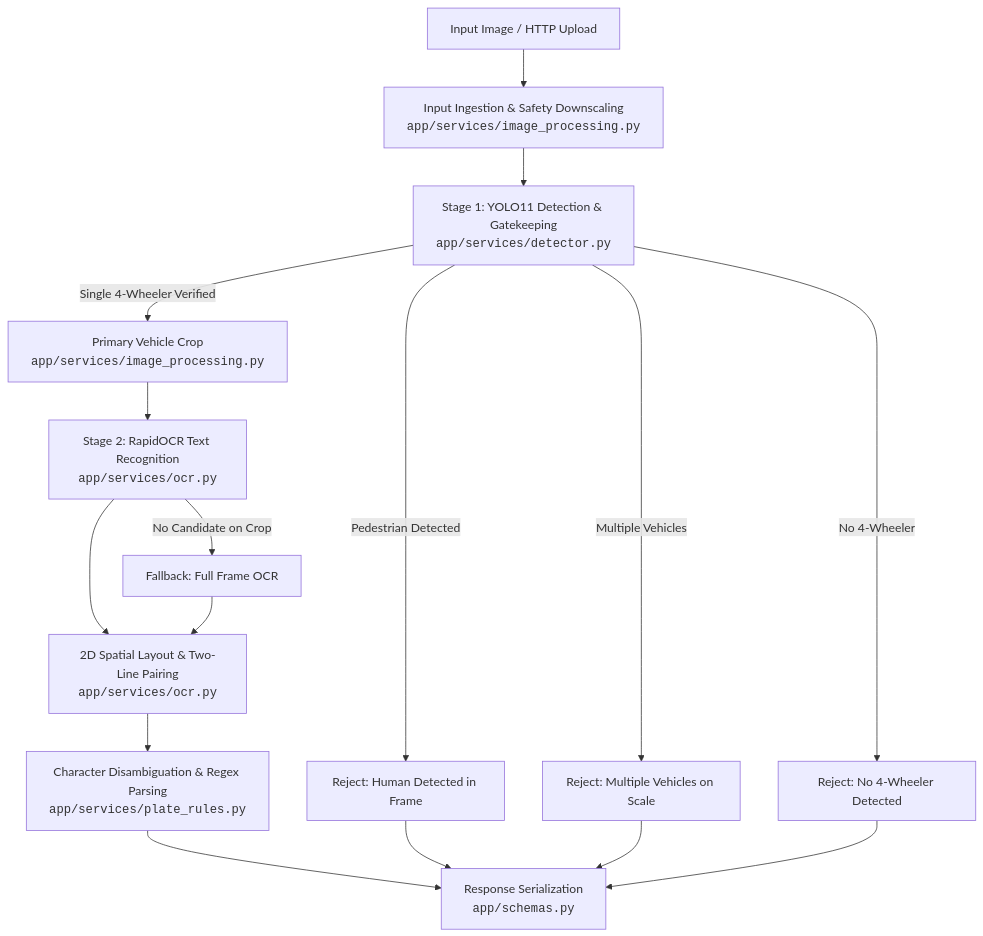
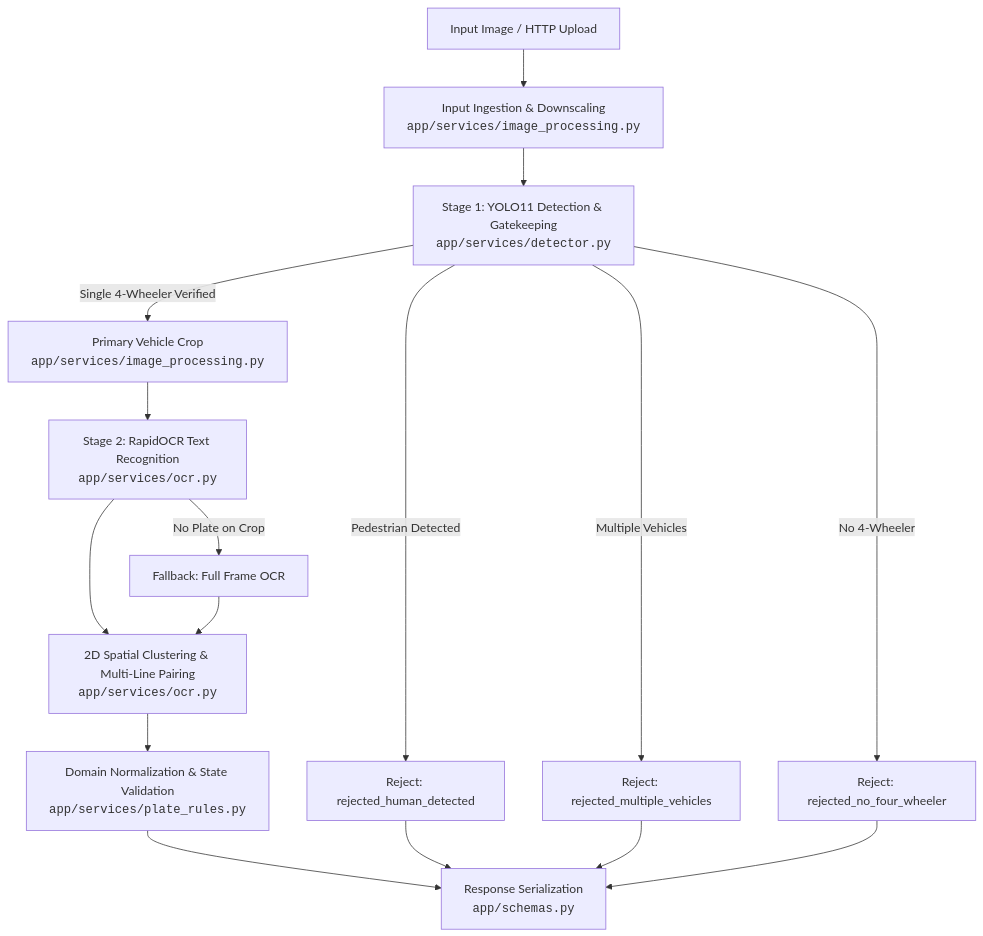
One commit to dheereshag/argus changed the diagram in docs/ARCHITECTURE.md. Above: the diagram before and after it, drawn with Mermaid. The commit also changed other lines of this file and 9 other files, not shown here.

````diff
--- a/docs/ARCHITECTURE.md
+++ b/docs/ARCHITECTURE.md
@@ -23,23 +11,23 @@
 ```mermaid
 flowchart TD
-    A[Input Image / HTTP Upload] --> B[Input Ingestion & Safety Downscaling<br/><code>app/services/image_processing.py</code>]
+    A[Input Image / HTTP Upload] --> B[Input Ingestion & Downscaling<br/><code>app/services/image_processing.py</code>]
     B --> C[Stage 1: YOLO11 Detection & Gatekeeping<br/><code>app/services/detector.py</code>]
     
-    C -- Pedestrian Detected --> R1[Reject: Human Detected in Frame]
-    C -- Multiple Vehicles --> R2[Reject: Multiple Vehicles on Scale]
-    C -- No 4-Wheeler --> R3[Reject: No 4-Wheeler Detected]
+    C -- Pedestrian Detected --> R1[Reject: rejected_human_detected]
+    C -- Multiple Vehicles --> R2[Reject: rejected_multiple_vehicles]
+    C -- No 4-Wheeler --> R3[Reject: rejected_no_four_wheeler]
     
     C -- Single 4-Wheeler Verified --> D[Primary Vehicle Crop<br/><code>app/services/image_processing.py</code>]
     
     D --> E[Stage 2: RapidOCR Text Recognition<br/><code>app/services/ocr.py</code>]
-    E -- No Candidate on Crop --> E2[Fallback: Full Frame OCR]
-    E --> F[2D Spatial Layout & Two-Line Pairing<br/><code>app/services/ocr.py</code>]
+    E -- No Plate on Crop --> E2[Fallback: Full Frame OCR]
+    E --> F[2D Spatial Clustering & Multi-Line Pairing<br/><code>app/services/ocr.py</code>]
     E2 --> F
     
-    F --> G[Character Disambiguation & Regex Parsing<br/><code>app/services/plate_rules.py</code>]
+    F --> G[Domain Normalization & State Validation<br/><code>app/services/plate_rules.py</code>]
     G --> H[Response Serialization<br/><code>app/schemas.py</code>]
     
     R1 --> H
     R2 --> H
     R3 --> H
 ```
````
